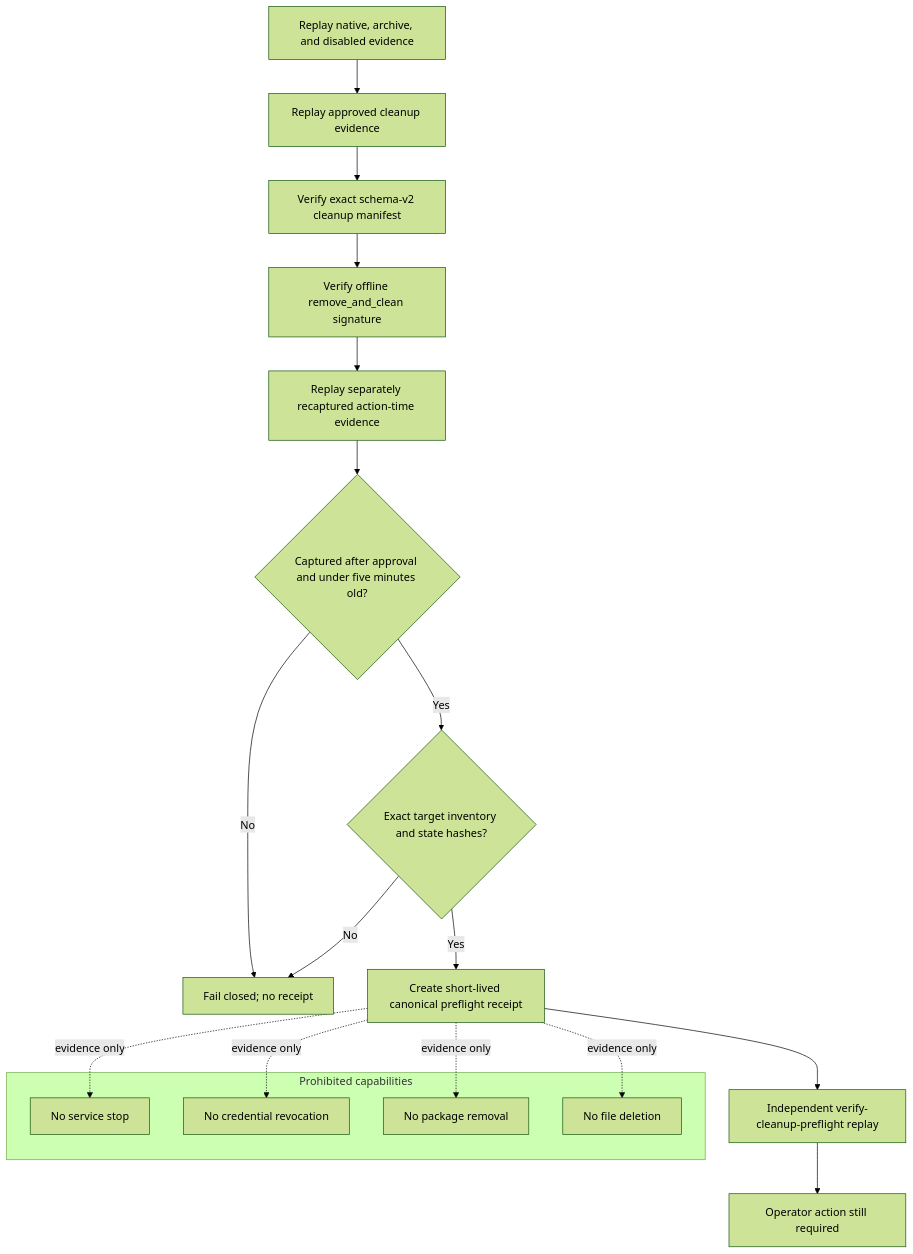
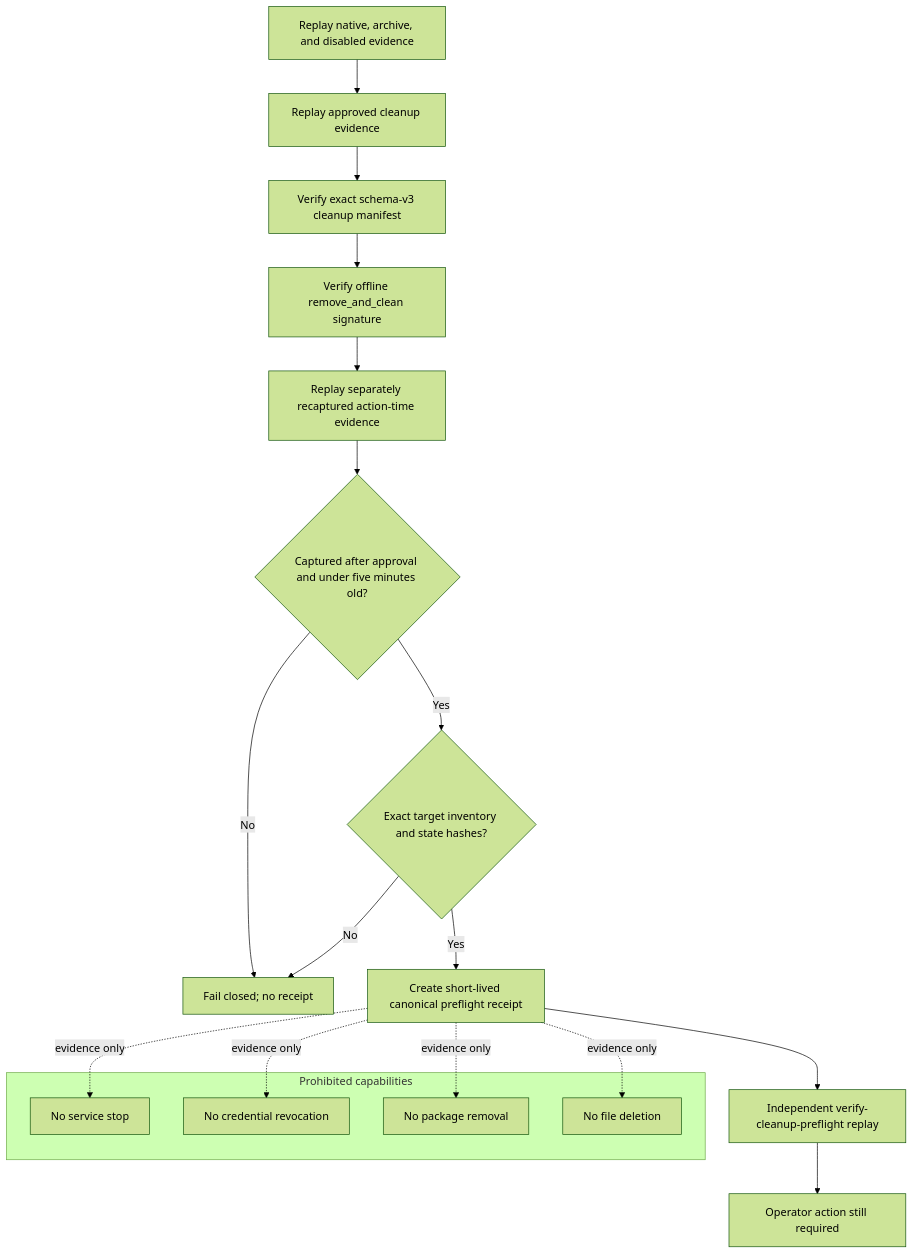
One commit to AegisFintech/AIQuantTrader changed the diagram in docs/architecture/diagrams/phase-10-cleanup-preflight.mmd. Above: the diagram before and after it, drawn with Mermaid (forest theme). The commit also changed 20 other files, not shown here.

Commit message:
Phase 10: verify cleanup outcome evidence

```diff
--- a/docs/architecture/diagrams/phase-10-cleanup-preflight.mmd
+++ b/docs/architecture/diagrams/phase-10-cleanup-preflight.mmd
@@ -1,24 +1,24 @@
 flowchart TD
     A[Replay native, archive, and disabled evidence] --> B[Replay approved cleanup evidence]
-    B --> C[Verify exact schema-v2 cleanup manifest]
+    B --> C[Verify exact schema-v3 cleanup manifest]
     C --> D[Verify offline remove_and_clean signature]
     D --> E[Replay separately recaptured action-time evidence]
     E --> F{Captured after approval and under five minutes old?}
     F -- No --> X[Fail closed; no receipt]
     F -- Yes --> G{Exact target inventory and state hashes?}
     G -- No --> X
     G -- Yes --> H[Create short-lived canonical preflight receipt]
     H --> I[Independent verify-cleanup-preflight replay]
     I --> J[Operator action still required]
 
     subgraph Prohibited capabilities
         K[No service stop]
         L[No credential revocation]
         M[No package removal]
         N[No file deletion]
     end
 
     H -. evidence only .-> K
     H -. evidence only .-> L
     H -. evidence only .-> M
     H -. evidence only .-> N
```
